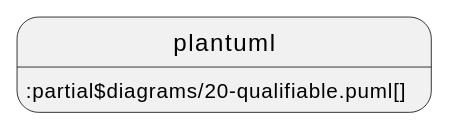
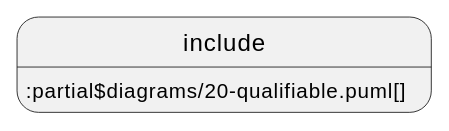
One commit to acplt/aas-specs changed the seventh of 9 diagrams in documentation/IDTA-01001/modules/ROOT/pages/spec-metamodel/common.adoc. Above: the diagram before and after it, drawn with PlantUML. The commit also changed other lines of this file and 14 other files, not shown here.

First line of the commit message:
Revert "Use plantuml instead of include and test ./"

```diff
--- a/documentation/IDTA-01001/modules/ROOT/pages/spec-metamodel/common.adoc
+++ b/documentation/IDTA-01001/modules/ROOT/pages/spec-metamodel/common.adoc
@@ -429,4 +429,4 @@
 [plantuml, 20-qualifiable, svg]
 ....
-plantuml::partial$diagrams/20-qualifiable.puml[]
+include::partial$diagrams/20-qualifiable.puml[]
 ....
```
